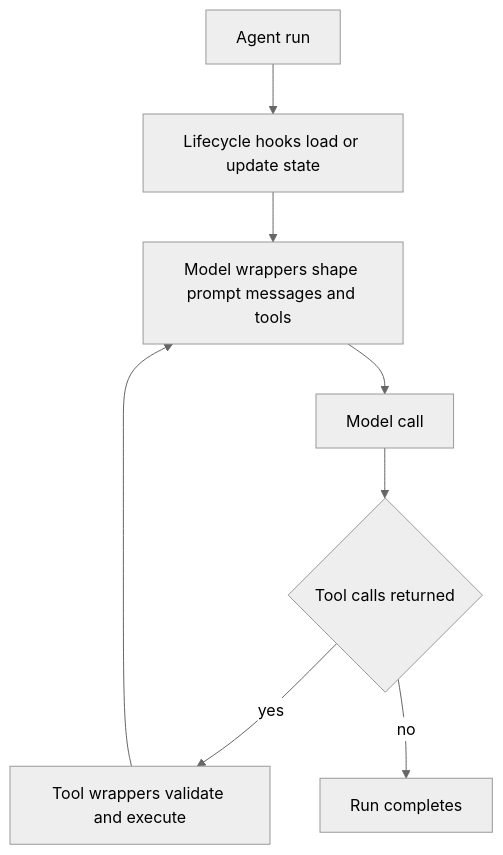
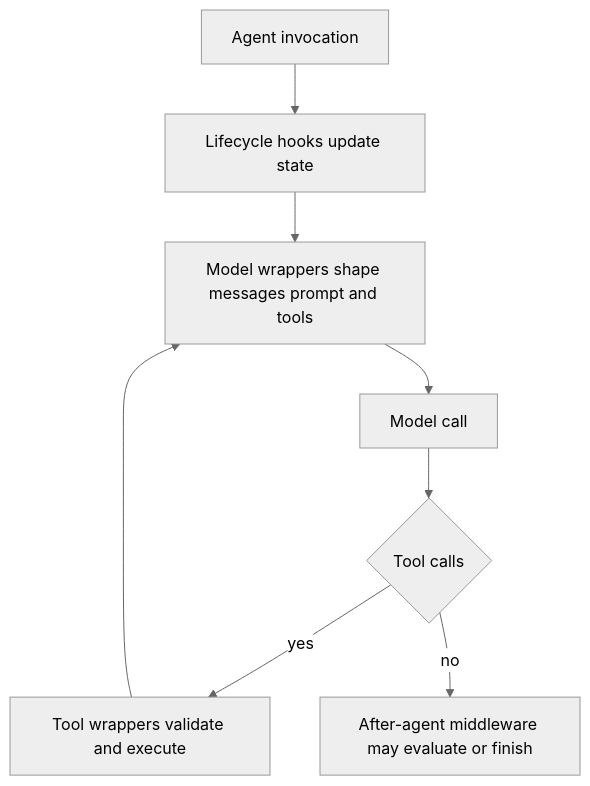
The first of 3 diagrams in openwiki/concepts/middleware-catalog.md (langchain-ai/deepagents), drawn with Mermaid (neutral theme) before and after one commit. The commit also changed other lines of this file and 47 other files, not shown here.

````diff
--- a/openwiki/concepts/middleware-catalog.md
+++ b/openwiki/concepts/middleware-catalog.md
@@ -37,10 +43,10 @@
 ```mermaid
 flowchart TD
-    Run["Agent run"] --> Setup["Lifecycle hooks load or update state"]
-    Setup --> Request["Model wrappers shape prompt messages and tools"]
+    Start["Agent invocation"] --> Hooks["Lifecycle hooks update state"]
+    Hooks --> Request["Model wrappers shape messages prompt and tools"]
     Request --> Model["Model call"]
-    Model --> Choice{"Tool calls returned"}
-    Choice -->|"yes"| Tool["Tool wrappers validate and execute"]
-    Tool --> Request
-    Choice -->|"no"| Finish["Run completes"]
+    Model --> Choice{"Tool calls"}
+    Choice -->|"yes"| Boundary["Tool wrappers validate and execute"]
+    Boundary --> Request
+    Choice -->|"no"| Complete["After-agent middleware may evaluate or finish"]
 ```
````
